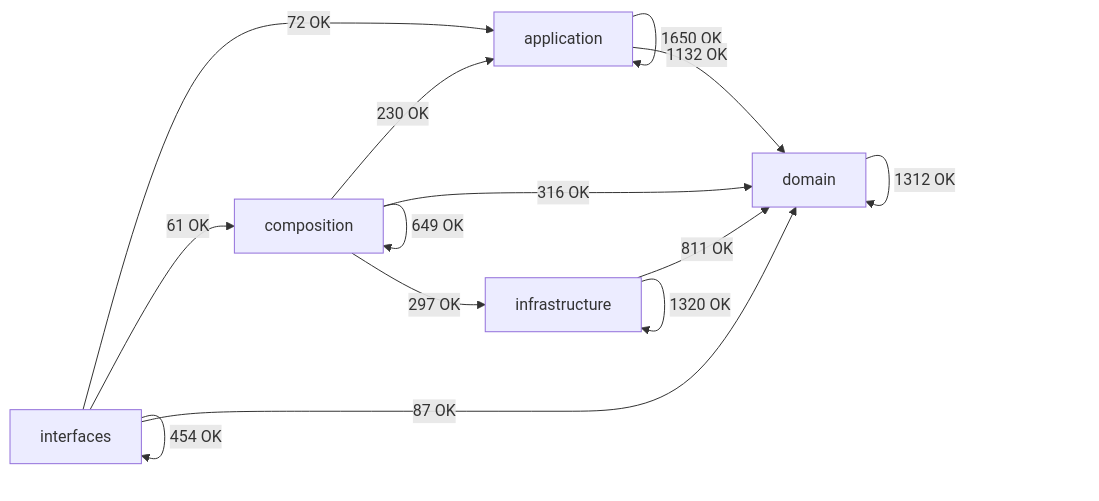
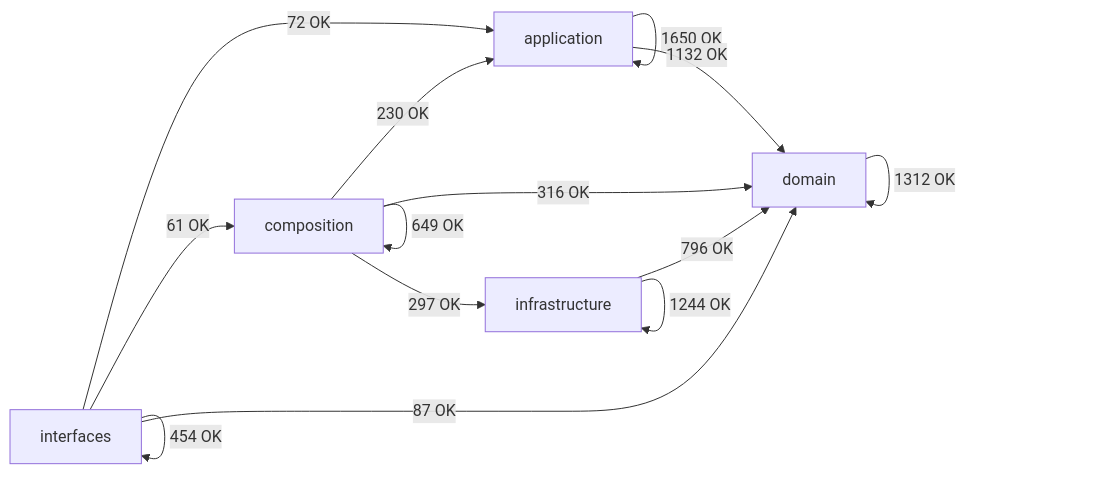
One commit to SatoryKono/BioactivityDataAcquisition changed the diagram in docs/02-architecture/generated/module-dependency-map.md. Above: the diagram before and after it, drawn with Mermaid. The commit also changed other lines of this file and 107 other files, not shown here.

````diff
--- a/docs/02-architecture/generated/module-dependency-map.md
+++ b/docs/02-architecture/generated/module-dependency-map.md
@@ -17,21 +17,21 @@
 ```mermaid
 flowchart LR
     domain[domain]
     application[application]
     infrastructure[infrastructure]
     composition[composition]
     interfaces[interfaces]
     application -->|1650 OK| application
     application -->|1132 OK| domain
     composition -->|230 OK| application
     composition -->|649 OK| composition
     composition -->|316 OK| domain
     composition -->|297 OK| infrastructure
     domain -->|1312 OK| domain
-    infrastructure -->|811 OK| domain
-    infrastructure -->|1320 OK| infrastructure
+    infrastructure -->|796 OK| domain
+    infrastructure -->|1244 OK| infrastructure
     interfaces -->|72 OK| application
     interfaces -->|61 OK| composition
     interfaces -->|87 OK| domain
     interfaces -->|454 OK| interfaces
 ```
````
